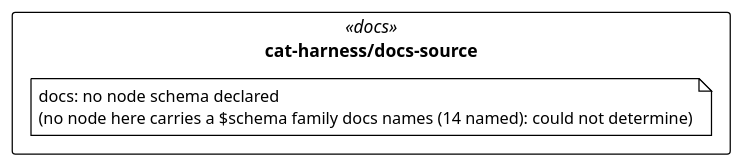
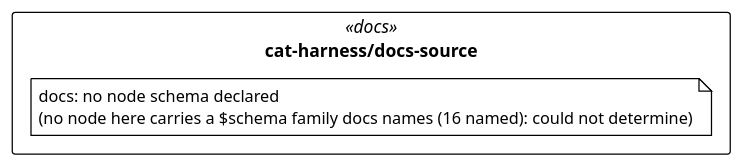
The diagram in uml/overview/cat-harness/docs-source.puml (litlfred/cat-harness), drawn with PlantUML before and after one commit. The commit also changed 404 other files, not shown here.

```diff
--- a/uml/overview/cat-harness/docs-source.puml
+++ b/uml/overview/cat-harness/docs-source.puml
@@ -3,13 +3,13 @@
 @startuml cat_harness_docs_source
 !pragma layout elk
 !theme plain
 skinparam classAttributeIconSize 0
 skinparam shadowing false
 skinparam packageStyle rectangle
 hide empty methods
 
 package "cat-harness/docs-source" as pkg_cat_harness_docs_source <<docs>> {
-  note "docs: no node schema declared\n(no node here carries a $schema family docs names (14 named): could not determine)" as n_cat_harness_docs_source_docs
+  note "docs: no node schema declared\n(no node here carries a $schema family docs names (16 named): could not determine)" as n_cat_harness_docs_source_docs
 }
 
 @enduml
```
